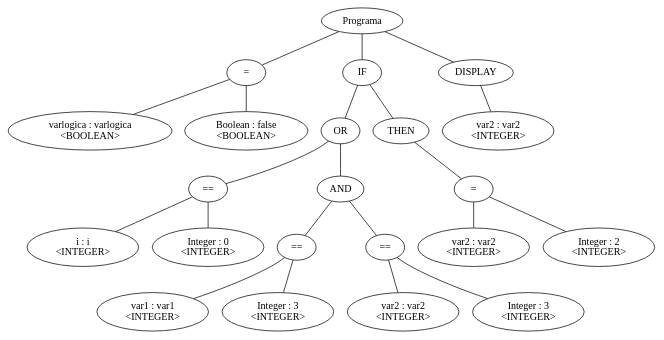
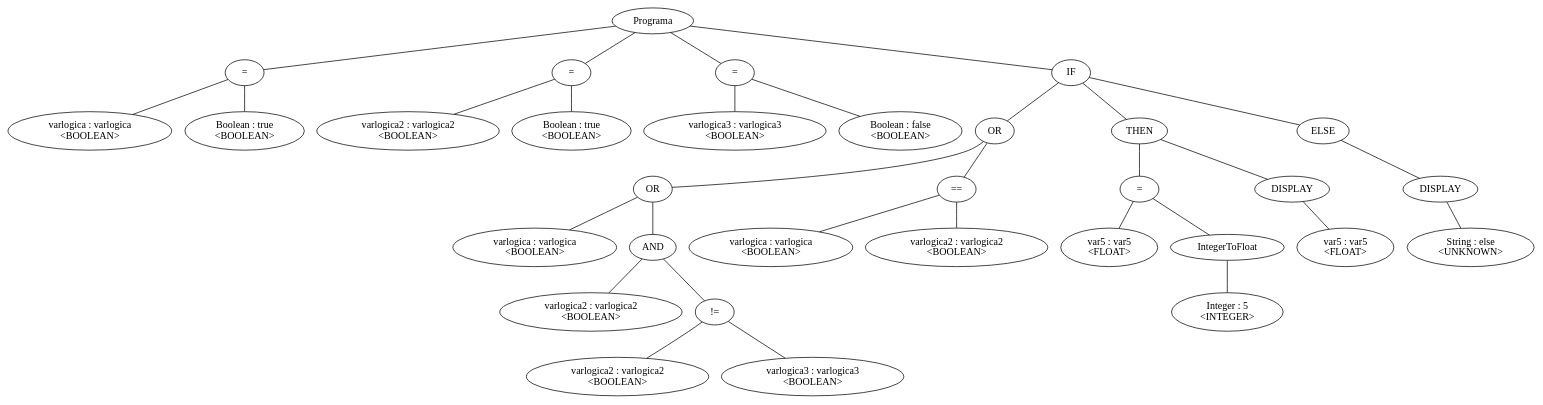
Before and after one commit to leandroprios/compilador: the diagram in arbol.dot, drawn with Graphviz. The commit also changed 47 other files, not shown here.

```diff
--- a/arbol.dot
+++ b/arbol.dot
@@ -1,44 +1,64 @@
-graph G {nodo_72714197[label="Programa"]
-nodo_1340597973[label="="]
-nodo_72714197--nodo_1340597973
-nodo_222971267[label="varlogica : varlogica\n<BOOLEAN>"]
-nodo_1340597973--nodo_222971267
-nodo_621351120[label="Boolean : false\n<BOOLEAN>"]
-nodo_1340597973--nodo_621351120
-nodo_1812686715[label="IF"]
-nodo_72714197--nodo_1812686715
-nodo_480961889[label="OR"]
-nodo_1812686715--nodo_480961889
-nodo_1125371178[label="=="]
-nodo_480961889--nodo_1125371178
-nodo_779213320[label="i : i\n<INTEGER>"]
-nodo_1125371178--nodo_779213320
-nodo_435568642[label="Integer : 0\n<INTEGER>"]
-nodo_1125371178--nodo_435568642
-nodo_1388064688[label="AND"]
-nodo_480961889--nodo_1388064688
-nodo_253481552[label="=="]
-nodo_1388064688--nodo_253481552
-nodo_798681121[label="var1 : var1\n<INTEGER>"]
-nodo_253481552--nodo_798681121
-nodo_80169856[label="Integer : 3\n<INTEGER>"]
-nodo_253481552--nodo_80169856
-nodo_926233863[label="=="]
-nodo_1388064688--nodo_926233863
-nodo_1718483171[label="var2 : var2\n<INTEGER>"]
-nodo_926233863--nodo_1718483171
-nodo_508481519[label="Integer : 3\n<INTEGER>"]
-nodo_926233863--nodo_508481519
-nodo_1055430890[label="="]
-nodo_482547779--nodo_1055430890
-nodo_927716660[label="var2 : var2\n<INTEGER>"]
-nodo_1055430890--nodo_927716660
-nodo_1603425669[label="Integer : 2\n<INTEGER>"]
-nodo_1055430890--nodo_1603425669
-nodo_1812686715--nodo_482547779
-nodo_482547779[label="THEN"]
-nodo_669394686[label="DISPLAY"]
-nodo_72714197--nodo_669394686
-nodo_1572066592[label="var2 : var2\n<INTEGER>"]
-nodo_669394686--nodo_1572066592
+graph G {nodo_1726885918[label="Programa"]
+nodo_327325302[label="="]
+nodo_1726885918--nodo_327325302
+nodo_615883912[label="varlogica : varlogica\n<BOOLEAN>"]
+nodo_327325302--nodo_615883912
+nodo_1526911850[label="Boolean : true\n<BOOLEAN>"]
+nodo_327325302--nodo_1526911850
+nodo_1283155668[label="="]
+nodo_1726885918--nodo_1283155668
+nodo_1263364107[label="varlogica2 : varlogica2\n<BOOLEAN>"]
+nodo_1283155668--nodo_1263364107
+nodo_1112867854[label="Boolean : true\n<BOOLEAN>"]
+nodo_1283155668--nodo_1112867854
+nodo_251729581[label="="]
+nodo_1726885918--nodo_251729581
+nodo_408652895[label="varlogica3 : varlogica3\n<BOOLEAN>"]
+nodo_251729581--nodo_408652895
+nodo_955687535[label="Boolean : false\n<BOOLEAN>"]
+nodo_251729581--nodo_955687535
+nodo_1382654987[label="IF"]
+nodo_1726885918--nodo_1382654987
+nodo_1431991445[label="OR"]
+nodo_1382654987--nodo_1431991445
+nodo_287781653[label="OR"]
+nodo_1431991445--nodo_287781653
+nodo_474943108[label="varlogica : varlogica\n<BOOLEAN>"]
+nodo_287781653--nodo_474943108
+nodo_60401914[label="AND"]
+nodo_287781653--nodo_60401914
+nodo_98667200[label="varlogica2 : varlogica2\n<BOOLEAN>"]
+nodo_60401914--nodo_98667200
+nodo_762756850[label="!="]
+nodo_60401914--nodo_762756850
+nodo_1235861238[label="varlogica2 : varlogica2\n<BOOLEAN>"]
+nodo_762756850--nodo_1235861238
+nodo_129569089[label="varlogica3 : varlogica3\n<BOOLEAN>"]
+nodo_762756850--nodo_129569089
+nodo_243743996[label="=="]
+nodo_1431991445--nodo_243743996
+nodo_371102448[label="varlogica : varlogica\n<BOOLEAN>"]
+nodo_243743996--nodo_371102448
+nodo_306495691[label="varlogica2 : varlogica2\n<BOOLEAN>"]
+nodo_243743996--nodo_306495691
+nodo_1564010715[label="="]
+nodo_153427454--nodo_1564010715
+nodo_1785683804[label="var5 : var5\n<FLOAT>"]
+nodo_1564010715--nodo_1785683804
+nodo_134531571[label="IntegerToFloat"]
+nodo_1564010715--nodo_134531571
+nodo_1014104736[label="Integer : 5\n<INTEGER>"]
+nodo_134531571--nodo_1014104736
+nodo_647388101[label="DISPLAY"]
+nodo_153427454--nodo_647388101
+nodo_907245044[label="var5 : var5\n<FLOAT>"]
+nodo_647388101--nodo_907245044
+nodo_1382654987--nodo_153427454
+nodo_153427454[label="THEN"]
+nodo_1382654987--nodo_980575845
+nodo_980575845[label="ELSE"]
+nodo_418802068[label="DISPLAY"]
+nodo_980575845--nodo_418802068
+nodo_884809512[label="String : else\n<UNKNOWN>"]
+nodo_418802068--nodo_884809512
 }
```
